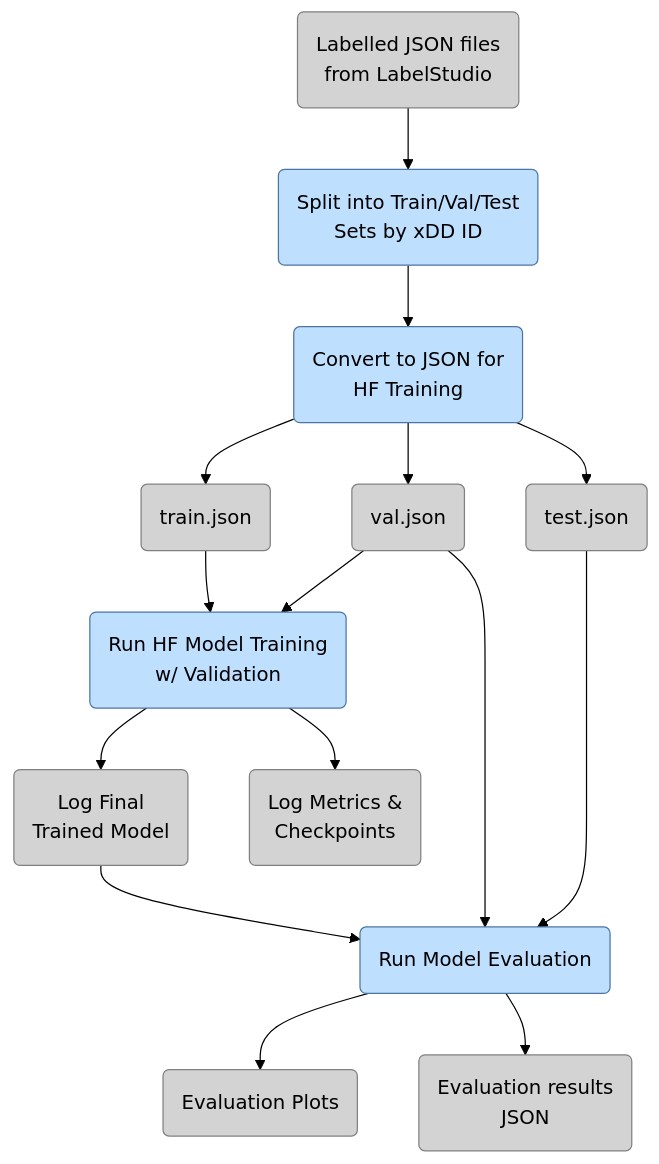
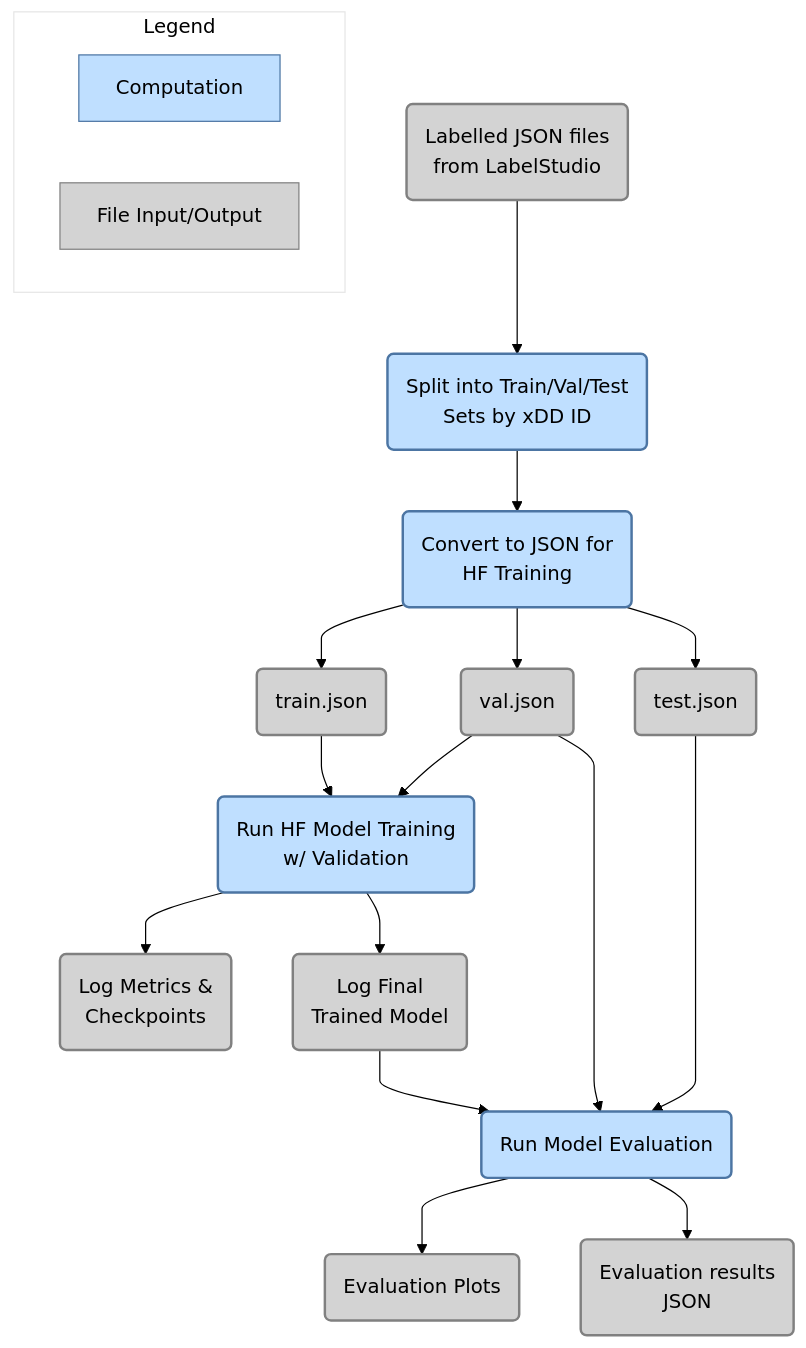
The first of 2 diagrams in reports/final/finding-fossils-final.qmd (NeotomaDB/MetaExtractor), drawn with Mermaid before and after one commit. The commit also changed other lines of this file, not shown here.

Commit message:
bug: fixed entity extraction pipeline diagram

````diff
--- a/reports/final/finding-fossils-final.qmd
+++ b/reports/final/finding-fossils-final.qmd
@@ -452,47 +452,34 @@
 ```{mermaid}
-%%{init: {
-    'theme':'base',
-    'themeVariables': {
-        'fontFamily': 'arial',
-        'primaryColor': '#BFDFFF',
-        'primaryTextColor': '#000',
-        'primaryBorderColor': '#4C75A3',
-        'lineColor': '#000',
-        'secondaryColor': '#006100',
-        'tertiaryColor': '#fff'
-    }
-  }
-}%%
+%%| label: training_pipeline
+%%| fig-cap: "This is how the Entity Extraction model training process runs with intermediate files and processes."
+%%| fig-height: 6
+%%{init: {'theme':'base','themeVariables': {'fontFamily': 'arial','primaryColor': '#BFDFFF','primaryTextColor': '#000','primaryBorderColor': '#4C75A3','lineColor': '#000','secondaryColor': '#006100','tertiaryColor': '#fff'}, 'flowchart' : {'curve':'monotoneY'}}}%%
 flowchart TD
-
-%% Computation steps
-style C2 fill:#BFDFFF, stroke:#4C75A3
-style C3 fill:#BFDFFF, stroke:#4C75A3
-style C4 fill:#BFDFFF, stroke:#4C75A3 
-style C5 fill:#BFDFFF, stroke:#4C75A3
-
-%% File outputs
-style F1 fill:#d3d3d3, stroke:#808080
-style F2 fill:#d3d3d3, stroke:#808080
-style F3 fill:#d3d3d3, stroke:#808080
-style F4 fill:#d3d3d3, stroke:#808080
-style F5 fill:#d3d3d3, stroke:#808080
-style F6 fill:#d3d3d3, stroke:#808080
-style F7 fill:#d3d3d3, stroke:#808080
-style F8 fill:#d3d3d3, stroke:#808080
-F8(Labelled JSON files\nfrom LabelStudio) --> C2(Split into Train/Val/Test\nSets by xDD ID)
+F8(Labelled JSON files<br>from LabelStudio) --> C2(Split into Train/Val/Test<br>Sets by xDD ID)
 C2 --> C5(Convert to JSON for\nHF Training)
 C5 --> F1(test.json)
 C5 --> F3(val.json)
 C5 --> F2(train.json)
 F3 --> C4
 F2 --> C4(Run HF Model Training \nw/ Validation)
 F1 ----> C3(Run Model Evaluation)
 F3 --> C3
 C4 --> F7(Log Metrics &\nCheckpoints)
 C4 --> F4(Log Final\nTrained Model)
 F4 --> C3
 C3 --> F6(Evaluation Plots)
 C3 --> F5(Evaluation results\nJSON)
+subgraph Legend
+    computation[Computation] 
+    fileOutput[File Input/Output]
+    style computation fill:#BFDFFF, stroke:#4C75A3
+    style fileOutput fill:#d3d3d3, stroke:#808080
+end
 
+%% create a class for styling the nodes
+classDef compute_nodes fill:#BFDFFF, stroke:#4C75A3,stroke-width:2px;
+classDef file_nodes fill:#d3d3d3, stroke:#808080,stroke-width:2px;
+
+class F1,F2,F3,F4,F5,F6,F7,F8 file_nodes;
+class C2,C3,C4,C5 compute_nodes;
 ```
````
